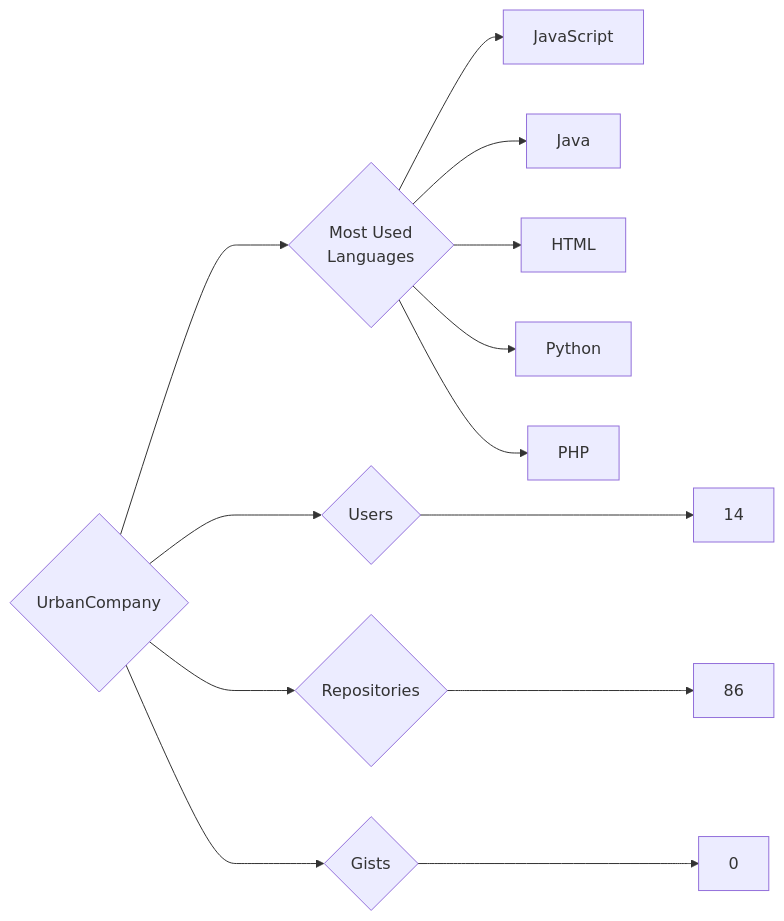
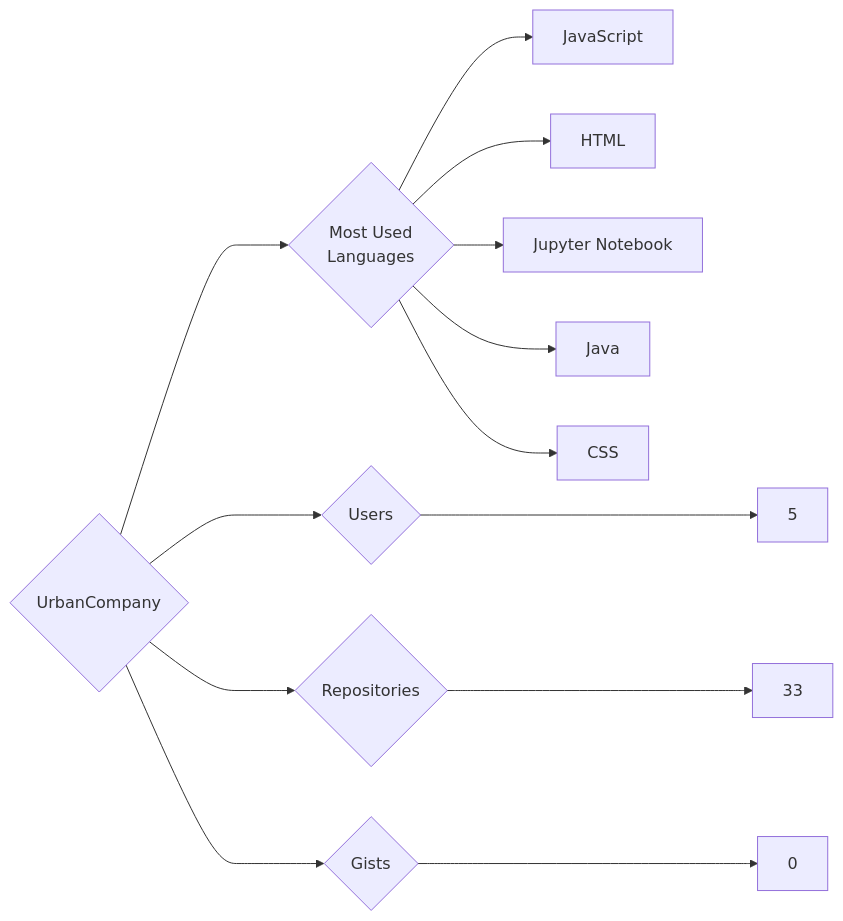
Before and after one commit to trickest/insiders: the diagram in targets/UrbanCompany/README.md, drawn with Mermaid. The commit also changed 814 other files, not shown here.

````diff
--- a/targets/UrbanCompany/README.md
+++ b/targets/UrbanCompany/README.md
@@ -3,13 +3,13 @@
 ```mermaid
 graph LR
 COMPANY_NAME{UrbanCompany}
-COMPANY_NAME ---> U{Users} ---> UN[14]
-COMPANY_NAME ---> R{Repositories} ---> RN[86]
+COMPANY_NAME ---> U{Users} ---> UN[5]
+COMPANY_NAME ---> R{Repositories} ---> RN[33]
 COMPANY_NAME ---> G{Gists} ---> GN[0]
 COMPANY_NAME ---> ML{Most Used<br>Languages}
 ML --> JavaScript[JavaScript]
+ML --> HTML[HTML]
+ML --> Jupyter_Notebook[Jupyter Notebook]
 ML --> Java[Java]
-ML --> HTML[HTML]
-ML --> Python[Python]
-ML --> PHP[PHP]
+ML --> CSS[CSS]
 ```
````
